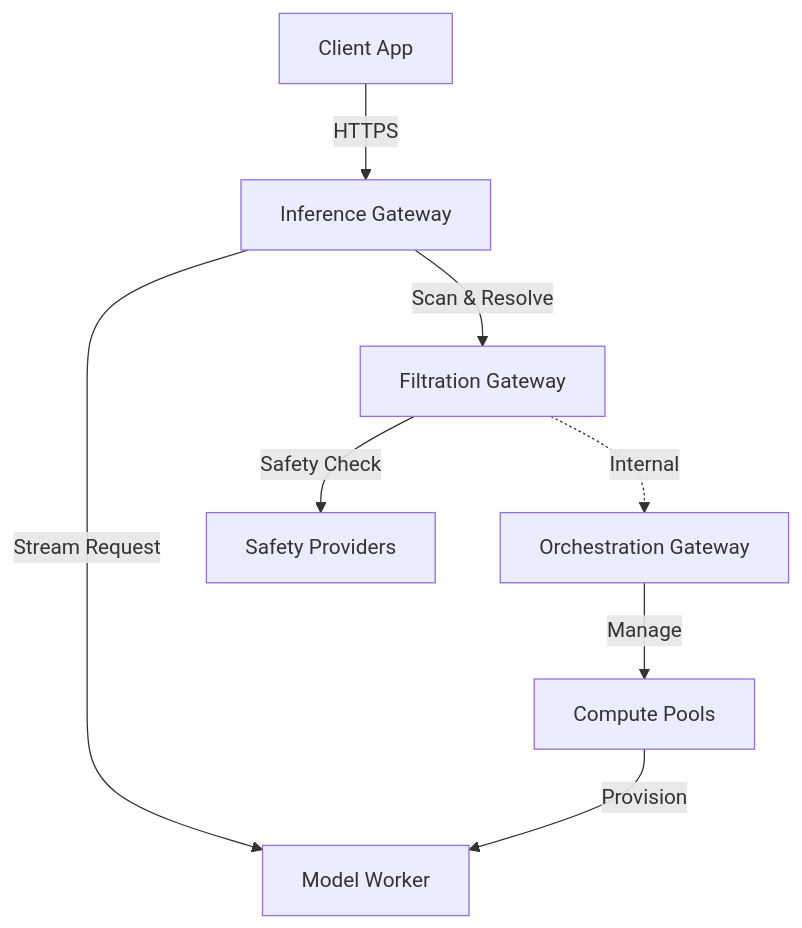
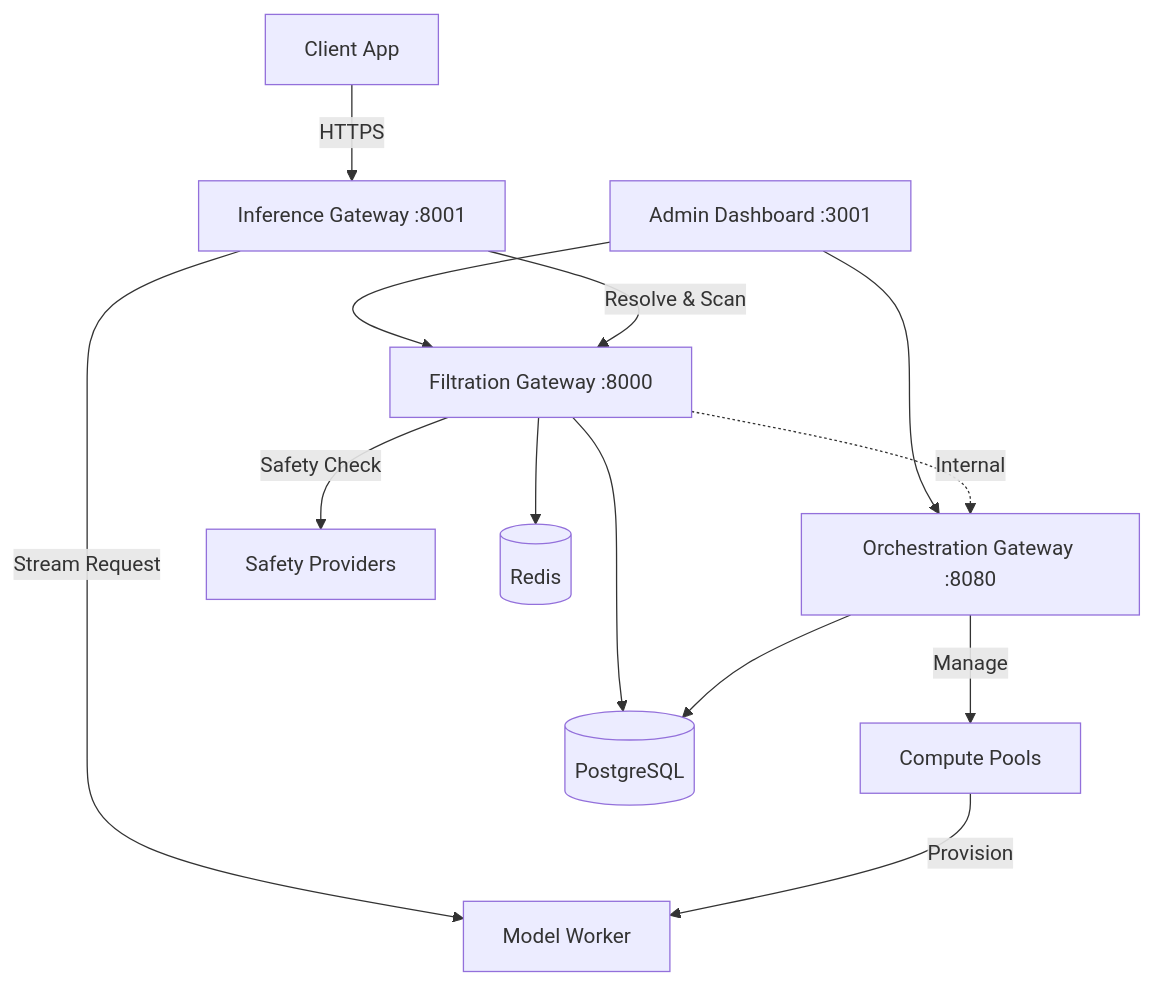
The diagram in docs/content/docs/developer/architecture.mdx (InferiaAI/website), drawn with Mermaid before and after one commit. The commit also changed other lines of this file and 20 other files, not shown here.

````diff
--- a/docs/content/docs/developer/architecture.mdx
+++ b/docs/content/docs/developer/architecture.mdx
@@ -10,11 +13,18 @@
 ```mermaid
 graph TD
-    Client[Client App] -->|HTTPS| IG[Inference Gateway]
-    IG -->|Scan & Resolve| FG[Filtration Gateway]
-    FG -.->|Internal| OG[Orchestration Gateway]
+    Client[Client App] -->|HTTPS| IG[Inference Gateway :8001]
+    Dashboard[Admin Dashboard :3001] --> FG
+    Dashboard --> OG
+    
+    IG -->|Resolve & Scan| FG[Filtration Gateway :8000]
+    FG -.->|Internal| OG[Orchestration Gateway :8080]
     IG -->|Stream Request| Worker[Model Worker]
 
     FG -->|Safety Check| Providers[Safety Providers]
     OG -->|Manage| Pool[Compute Pools]
     Pool -->|Provision| Worker
+    
+    FG --> DB[(PostgreSQL)]
+    FG --> Redis[(Redis)]
+    OG --> DB
 ```
````
